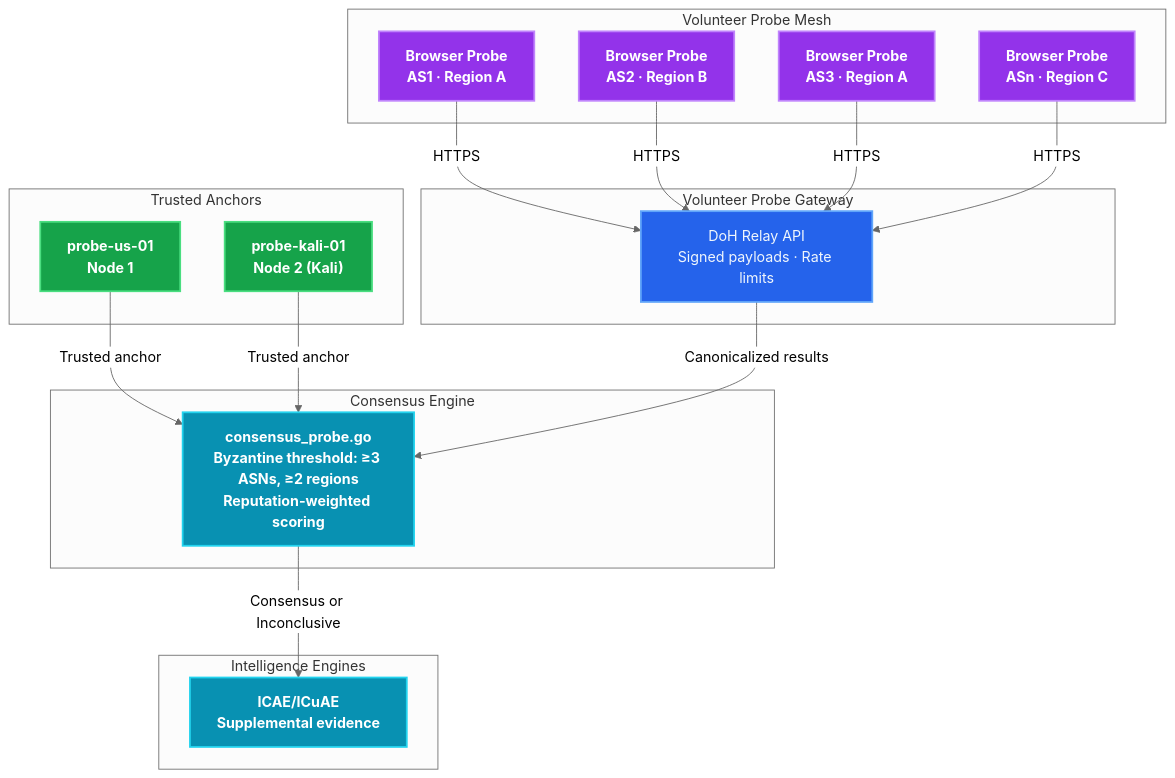
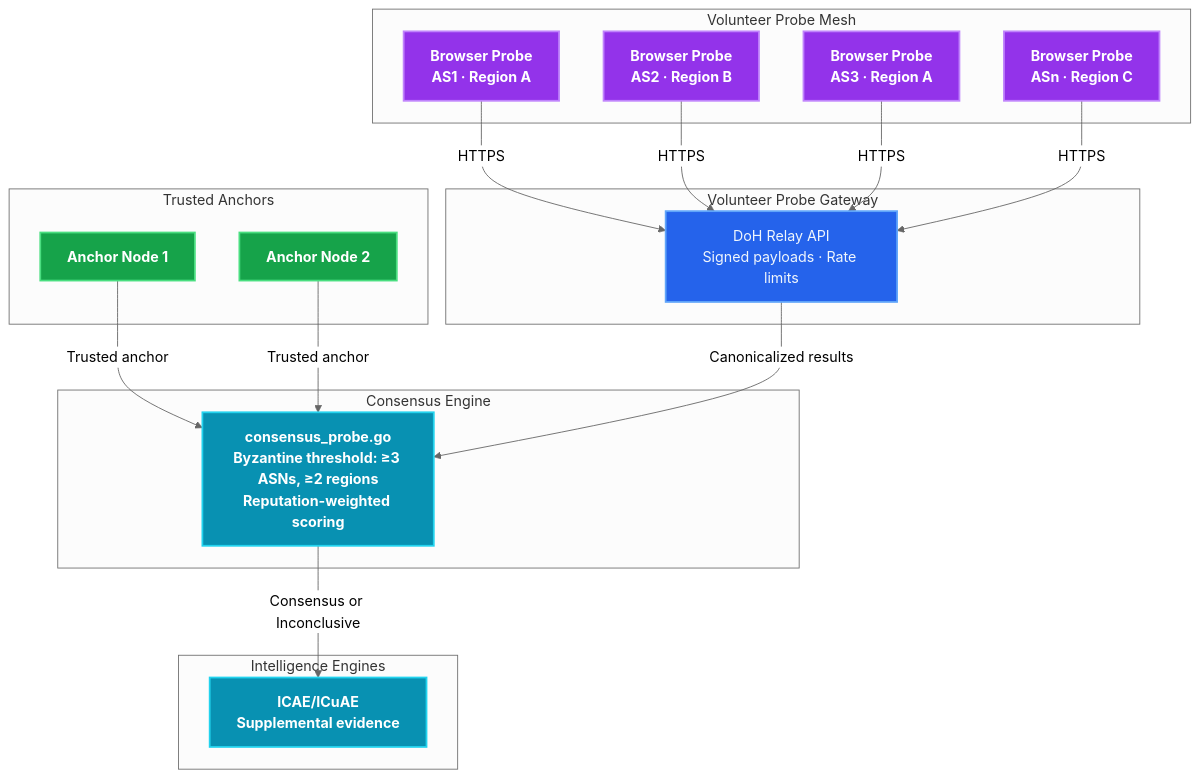
Before and after one commit to IT-Help-San-Diego/dns-tool-intel: the ninth of 9 diagrams in docs/architecture/SYSTEM_ARCHITECTURE.md, drawn with Mermaid (neutral theme). The commit also changed other lines of this file and 5 other files, not shown here.

````diff
--- a/docs/architecture/SYSTEM_ARCHITECTURE.md
+++ b/docs/architecture/SYSTEM_ARCHITECTURE.md
@@ -520,40 +520,40 @@
 ```mermaid
 graph TB
     subgraph "Trusted Anchors"
-        N1["probe-us-01<br/>Node 1"]
-        N2["probe-kali-01<br/>Node 2 (Kali)"]
+        N1["Anchor Node 1"]
+        N2["Anchor Node 2"]
     end
 
     subgraph "Volunteer Probe Mesh"
         V1["Browser Probe<br/>AS1 · Region A"]
         V2["Browser Probe<br/>AS2 · Region B"]
         V3["Browser Probe<br/>AS3 · Region A"]
         VN["Browser Probe<br/>ASn · Region C"]
     end
 
     subgraph "Volunteer Probe Gateway"
         Relay["DoH Relay API<br/>Signed payloads · Rate limits"]
     end
 
     subgraph "Consensus Engine"
         CE["consensus_probe.go<br/>Byzantine threshold: ≥3 ASNs, ≥2 regions<br/>Reputation-weighted scoring"]
     end
 
     subgraph "Intelligence Engines"
         ICAE["ICAE/ICuAE<br/>Supplemental evidence"]
     end
 
     V1 & V2 & V3 & VN -->|"HTTPS"| Relay
     N1 & N2 -->|"Trusted anchor"| CE
     Relay -->|"Canonicalized results"| CE
     CE -->|"Consensus or Inconclusive"| ICAE
 
     classDef default fill:#2563eb,stroke:#60a5fa,stroke-width:2px,color:#f0f6fc
     classDef trusted fill:#16a34a,stroke:#4ade80,stroke-width:2px,color:#fff,font-weight:bold
     classDef volunteer fill:#9333ea,stroke:#c084fc,stroke-width:2px,color:#fff,font-weight:bold
     classDef engine fill:#0891b2,stroke:#22d3ee,stroke-width:2px,color:#fff,font-weight:bold
     class N1,N2 trusted
     class V1,V2,V3,VN volunteer
     class CE,ICAE engine
     class Relay default
 ```
````
